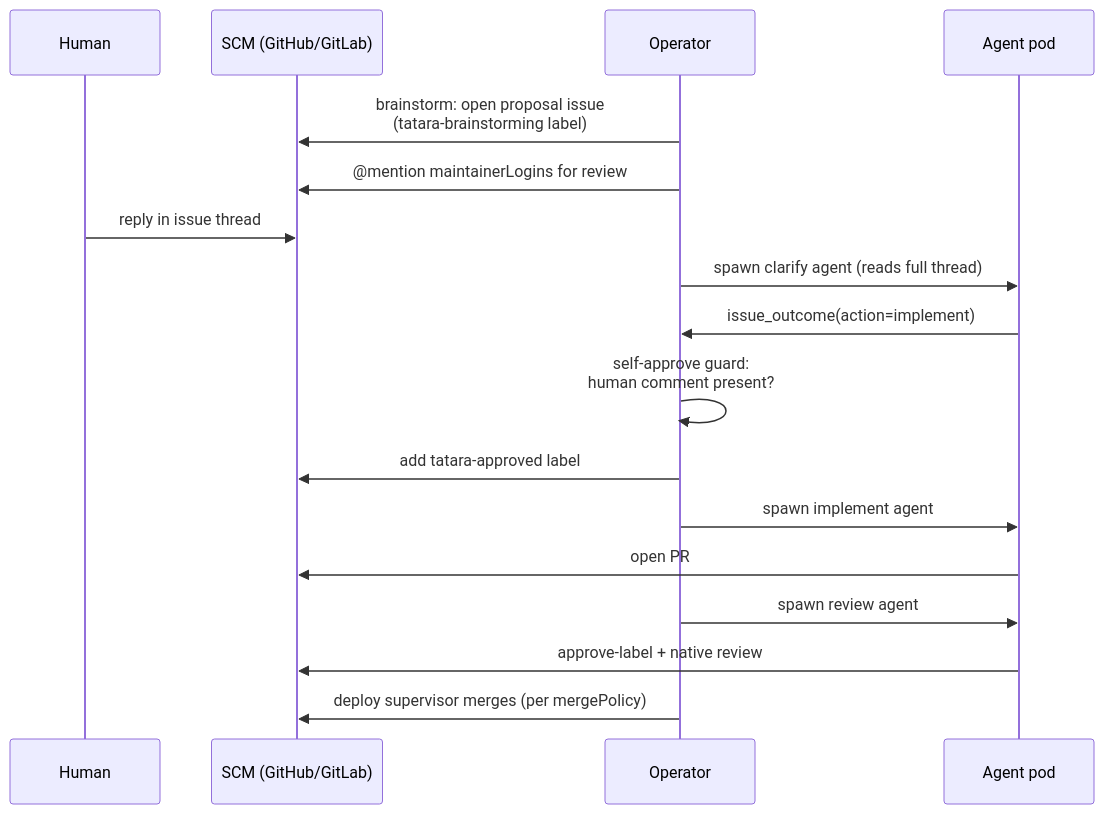
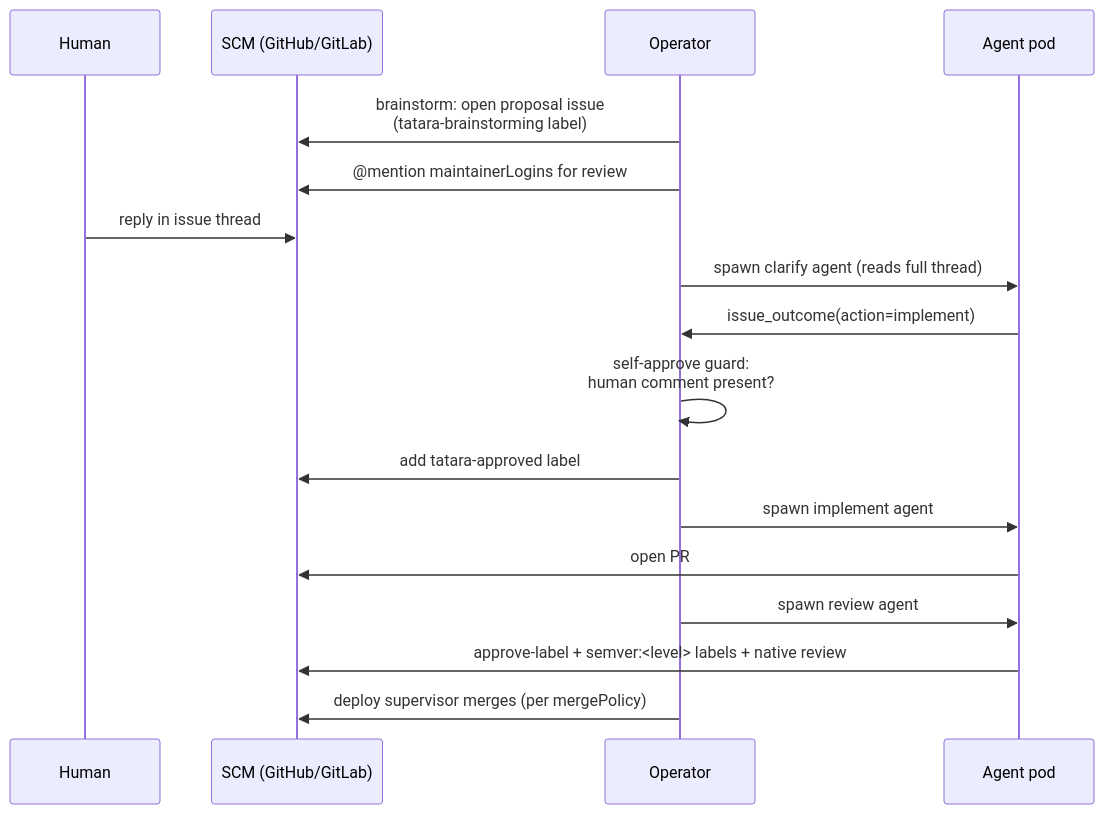
The first of 2 diagrams in docs/operations/security/approval-gates.md (szymonrychu/tatara-documentation), drawn with Mermaid before and after one commit. The commit also changed other lines of this file and 5 other files, not shown here.

Commit message:
docs: review-assigned per-MR semver labeling

````diff
--- a/docs/operations/security/approval-gates.md
+++ b/docs/operations/security/approval-gates.md
@@ -16,20 +16,20 @@
 ```mermaid
 sequenceDiagram
     participant H as Human
     participant SCM as SCM (GitHub/GitLab)
     participant OP as Operator
     participant AG as Agent pod
 
     OP->>SCM: brainstorm: open proposal issue<br/>(tatara-brainstorming label)
     OP->>SCM: @mention maintainerLogins for review
     H->>SCM: reply in issue thread
     OP->>AG: spawn clarify agent (reads full thread)
     AG->>OP: issue_outcome(action=implement)
     OP->>OP: self-approve guard:<br/>human comment present?
     OP->>SCM: add tatara-approved label
     OP->>AG: spawn implement agent
     AG->>SCM: open PR
     OP->>AG: spawn review agent
-    AG->>SCM: approve-label + native review
+    AG->>SCM: approve-label + semver:<level> labels + native review
     OP->>SCM: deploy supervisor merges (per mergePolicy)
 ```
````
